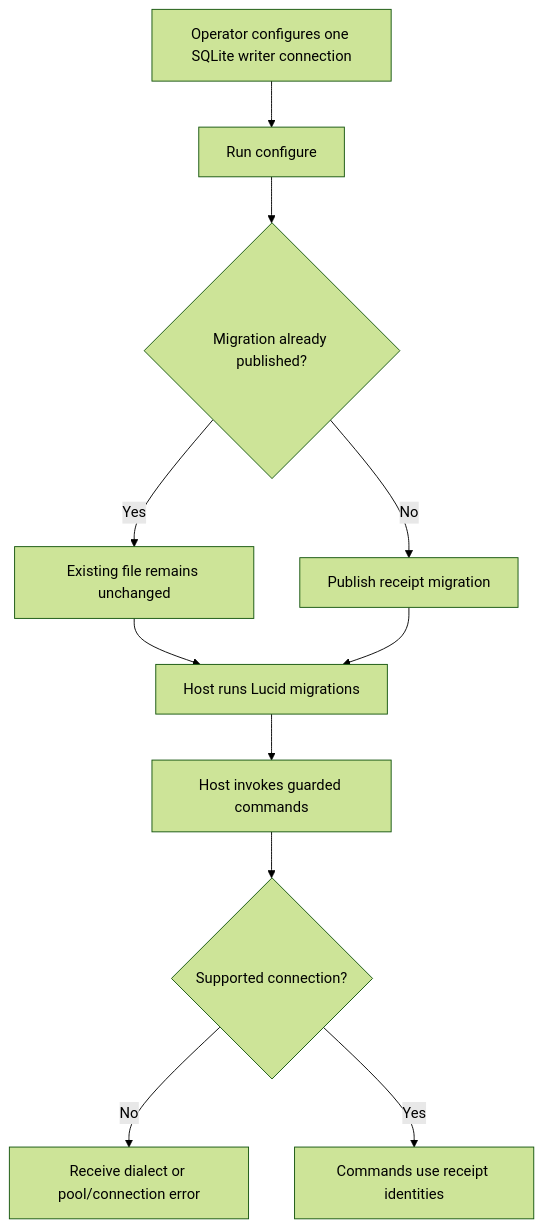
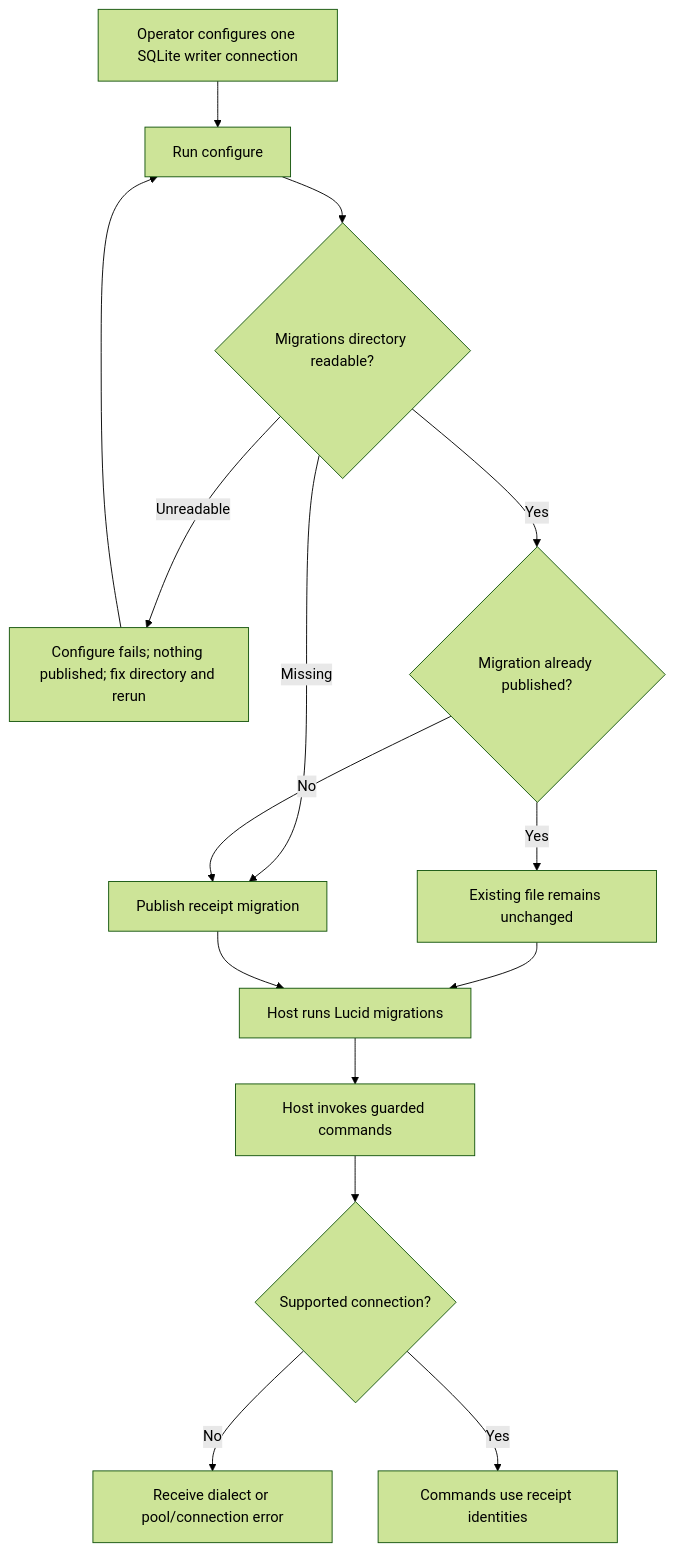
One commit to Kevinjohn/oss-adonisjs-duplicate-request-guard changed the first of 2 diagrams in user-stories/US-GUARD-04-operate-receipts.md. Above: the diagram before and after it, drawn with Mermaid (forest theme). The commit also changed other lines of this file and 2 other files, not shown here.

First line of the commit message:
documentation: show configure's migrations directory failure in US-GUARD-04

````diff
--- a/user-stories/US-GUARD-04-operate-receipts.md
+++ b/user-stories/US-GUARD-04-operate-receipts.md
@@ -21,13 +22,17 @@
 ```mermaid
 flowchart TD
     A["Operator configures one SQLite writer connection"] --> B["Run configure"]
-    B --> C{"Migration already published?"}
+    B --> R{"Migrations directory readable?"}
+    R -->|Missing| E
+    R -->|Unreadable| X["Configure fails; nothing published; fix directory and rerun"]
+    X --> B
+    R -->|Yes| C{"Migration already published?"}
     C -->|Yes| D["Existing file remains unchanged"]
     C -->|No| E["Publish receipt migration"]
     D --> M["Host runs Lucid migrations"]
     E --> M
     M --> F["Host invokes guarded commands"]
     F --> G{"Supported connection?"}
     G -->|No| H["Receive dialect or pool/connection error"]
     G -->|Yes| I["Commands use receipt identities"]
 ```
````
